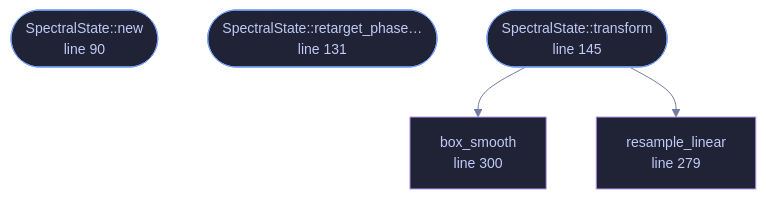
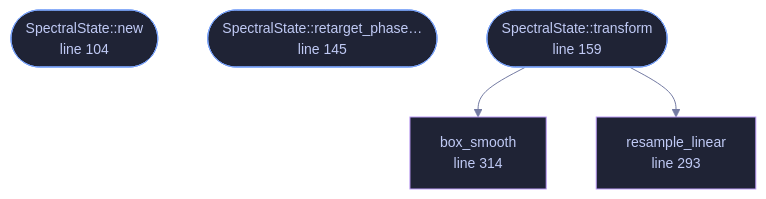
One commit to tilas01/veilvoice changed the diagram in docs/files/veilvoice-core/spectral.md. Above: the diagram before and after it, drawn with Mermaid. The commit also changed other lines of this file and 487 other files, not shown here.

````diff
--- a/docs/files/veilvoice-core/spectral.md
+++ b/docs/files/veilvoice-core/spectral.md
@@ -113,20 +128,20 @@
 ```mermaid
 %%{init: {"theme":"base","themeVariables":{"background":"#1a1b26","primaryColor":"#1f2335","primaryTextColor":"#c0caf5","primaryBorderColor":"#7aa2f7","secondaryColor":"#16161e","tertiaryColor":"#16161e","lineColor":"#737aa2","textColor":"#c0caf5","mainBkg":"#1f2335","nodeBorder":"#7aa2f7","clusterBkg":"#16161e","clusterBorder":"#2f3549","fontFamily":"ui-monospace, SFMono-Regular, Consolas, monospace","fontSize":"14px"}}}%%
 flowchart TD
-    n_new(["SpectralState::new<br/>line 90"])
-    n_retarget_phase_offsets(["SpectralState::retarget_phase…<br/>line 131"])
-    n_transform(["SpectralState::transform<br/>line 145"])
-    n_resample_linear["resample_linear<br/>line 279"]
-    n_box_smooth["box_smooth<br/>line 300"]
+    n_new(["SpectralState::new<br/>line 104"])
+    n_retarget_phase_offsets(["SpectralState::retarget_phase…<br/>line 145"])
+    n_transform(["SpectralState::transform<br/>line 159"])
+    n_resample_linear["resample_linear<br/>line 293"]
+    n_box_smooth["box_smooth<br/>line 314"]
     n_transform --> n_box_smooth
     n_transform --> n_resample_linear
-    click n_new href "https://github.com/tilas01/veilvoice/blob/main/crates/veilvoice-core/src/spectral.rs#L90" "open the source"
-    click n_retarget_phase_offsets href "https://github.com/tilas01/veilvoice/blob/main/crates/veilvoice-core/src/spectral.rs#L131" "open the source"
-    click n_transform href "https://github.com/tilas01/veilvoice/blob/main/crates/veilvoice-core/src/spectral.rs#L145" "open the source"
-    click n_resample_linear href "https://github.com/tilas01/veilvoice/blob/main/crates/veilvoice-core/src/spectral.rs#L279" "open the source"
-    click n_box_smooth href "https://github.com/tilas01/veilvoice/blob/main/crates/veilvoice-core/src/spectral.rs#L300" "open the source"
+    click n_new href "https://github.com/tilas01/veilvoice/blob/main/crates/veilvoice-core/src/spectral.rs#L104" "open the source"
+    click n_retarget_phase_offsets href "https://github.com/tilas01/veilvoice/blob/main/crates/veilvoice-core/src/spectral.rs#L145" "open the source"
+    click n_transform href "https://github.com/tilas01/veilvoice/blob/main/crates/veilvoice-core/src/spectral.rs#L159" "open the source"
+    click n_resample_linear href "https://github.com/tilas01/veilvoice/blob/main/crates/veilvoice-core/src/spectral.rs#L293" "open the source"
+    click n_box_smooth href "https://github.com/tilas01/veilvoice/blob/main/crates/veilvoice-core/src/spectral.rs#L314" "open the source"
     classDef entry fill:#1f2335,stroke:#7aa2f7,color:#c0caf5
     class n_new,n_retarget_phase_offsets,n_transform entry
     classDef helper fill:#1f2335,stroke:#bb9af7,color:#c0caf5
     class n_resample_linear,n_box_smooth helper
 ```
````
